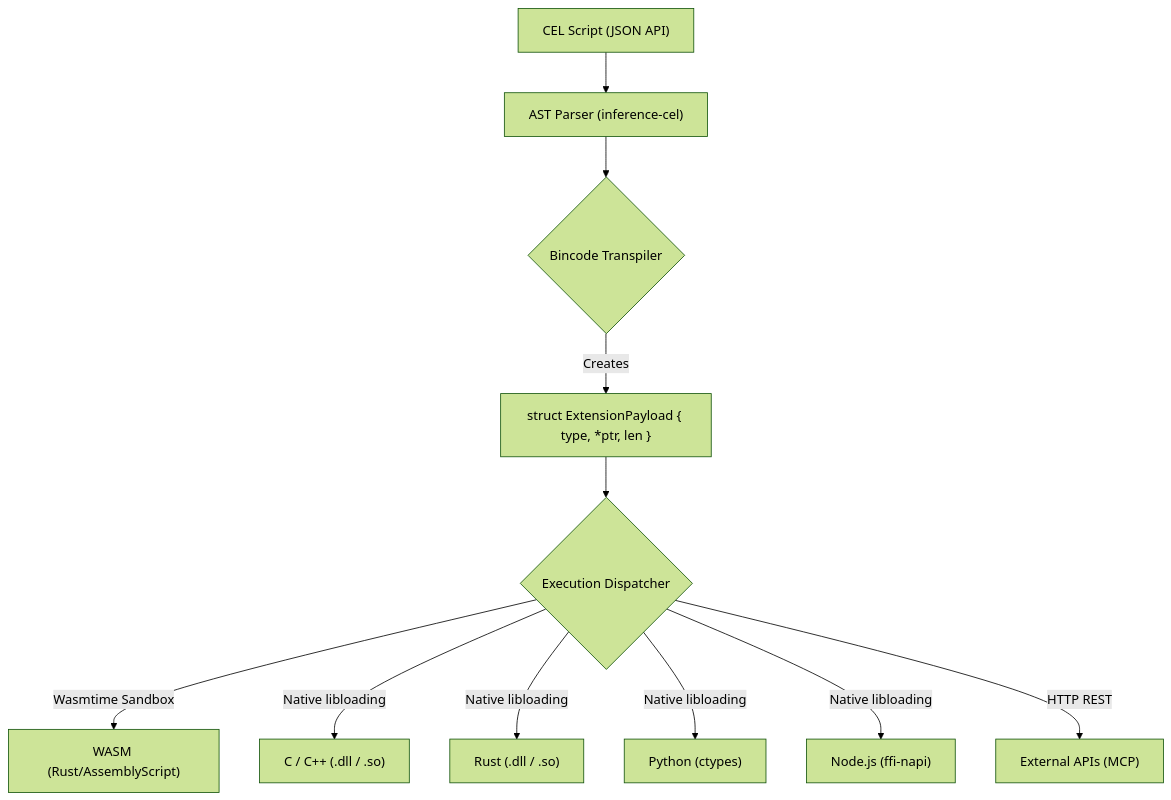
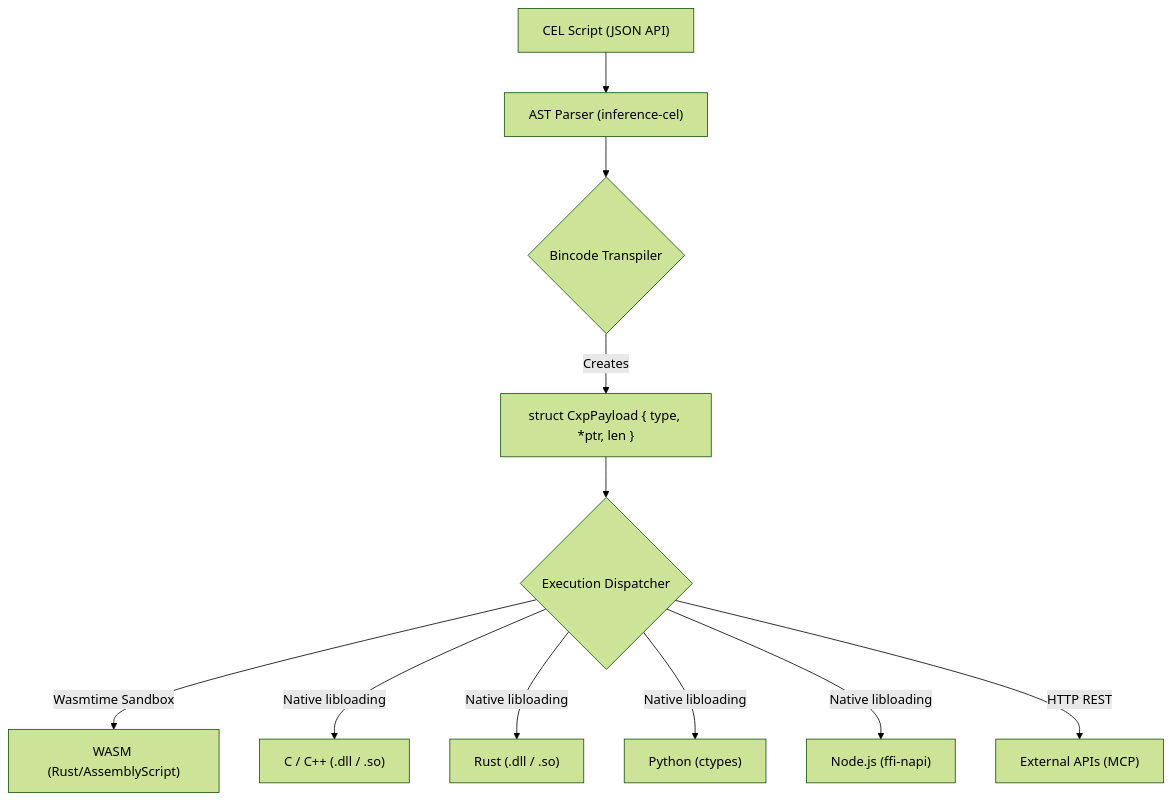
One commit to ayan-kushwaha/Cluaiz- changed the second of 2 diagrams in docs/cel/cel-language-bindings.md. Above: the diagram before and after it, drawn with Mermaid (forest theme). The commit also changed other lines of this file and 109 other files, not shown here.

````diff
--- a/docs/cel/cel-language-bindings.md
+++ b/docs/cel/cel-language-bindings.md
@@ -42,16 +42,16 @@
 ```mermaid
 graph TD
     A["CEL Script (JSON API)"] --> B["AST Parser (inference-cel)"]
     B --> C{"Bincode Transpiler"}
     
-    C -->|Creates| D["struct ExtensionPayload { type, *ptr, len }"]
+    C -->|Creates| D["struct CxpPayload { type, *ptr, len }"]
     
     D --> E{"Execution Dispatcher"}
     
     E -->|Wasmtime Sandbox| F["WASM (Rust/AssemblyScript)"]
     E -->|Native libloading| G["C / C++ (.dll / .so)"]
     E -->|Native libloading| H["Rust (.dll / .so)"]
     E -->|Native libloading| I["Python (ctypes)"]
     E -->|Native libloading| J["Node.js (ffi-napi)"]
     E -->|HTTP REST| K["External APIs (MCP)"]
 ```
````
